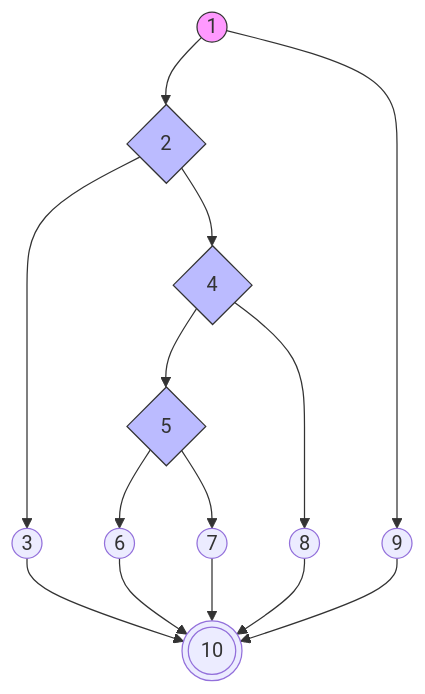
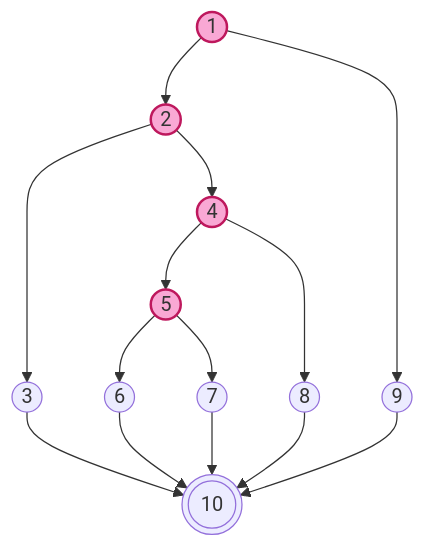
The second of 6 diagrams in docs/07_PENGUJIAN_WHITE_BOX.md (arbain-dev/Web_fikom), drawn with Mermaid before and after one commit. The commit also changed other lines of this file, not shown here.

Commit message:
Complete White Box documentation with Flowcharts and Flowgraphs for all modules

````diff
--- a/docs/07_PENGUJIAN_WHITE_BOX.md
+++ b/docs/07_PENGUJIAN_WHITE_BOX.md
@@ -36,17 +58,13 @@
 ```mermaid
 graph TD
-    1((1)) --> 2{2}
+    classDef predicate fill:#f9a8d4,stroke:#be185d,stroke-width:2px;
+    1((1)):::predicate --> 2((2)):::predicate
     1 --> 9((9))
     2 --> 3((3))
-    2 --> 4{4}
-    4 --> 5{5}
+    2 --> 4((4)):::predicate
+    4 --> 5((5)):::predicate
     4 --> 8((8))
     5 --> 6((6))
     5 --> 7((7))
     3 & 6 & 7 & 8 & 9 --> 10(((10)))
-
-    style 1 fill:#f9f,stroke:#333
-    style 2 fill:#bbf,stroke:#333
-    style 4 fill:#bbf,stroke:#333
-    style 5 fill:#bbf,stroke:#333
 ```
````
